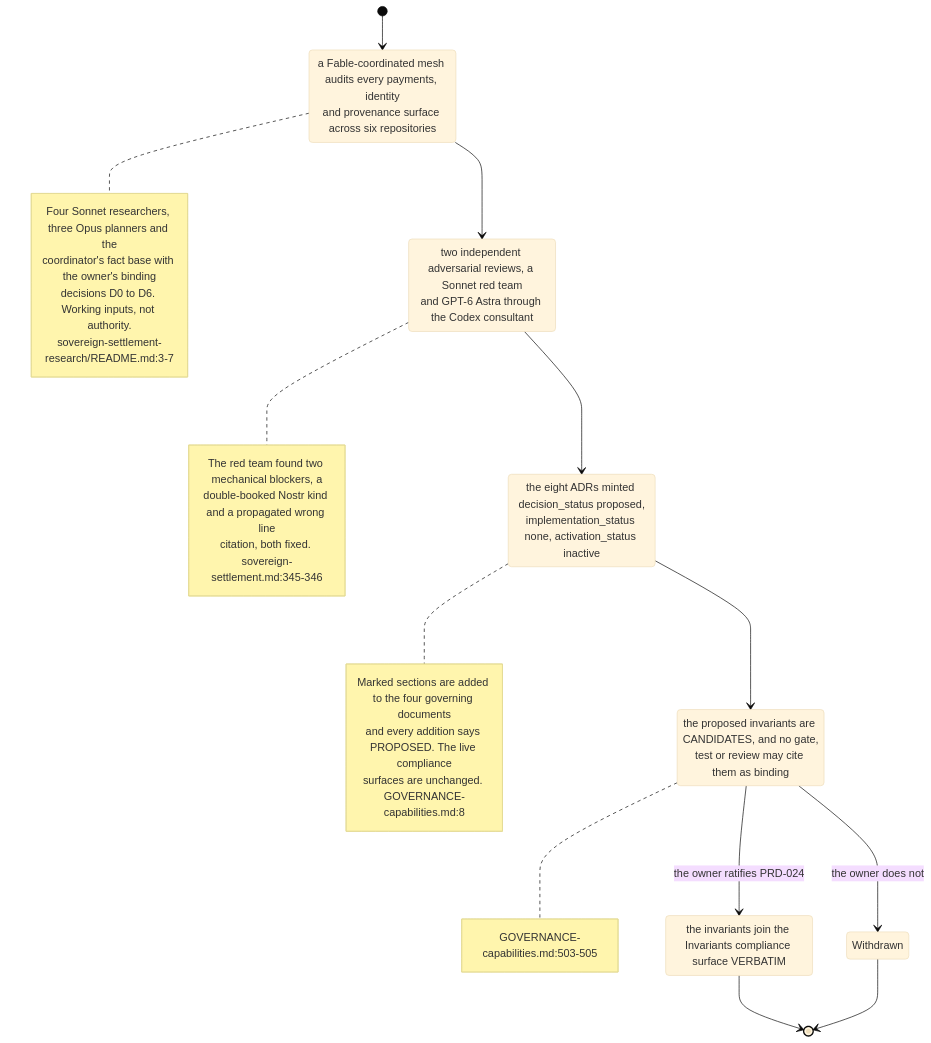
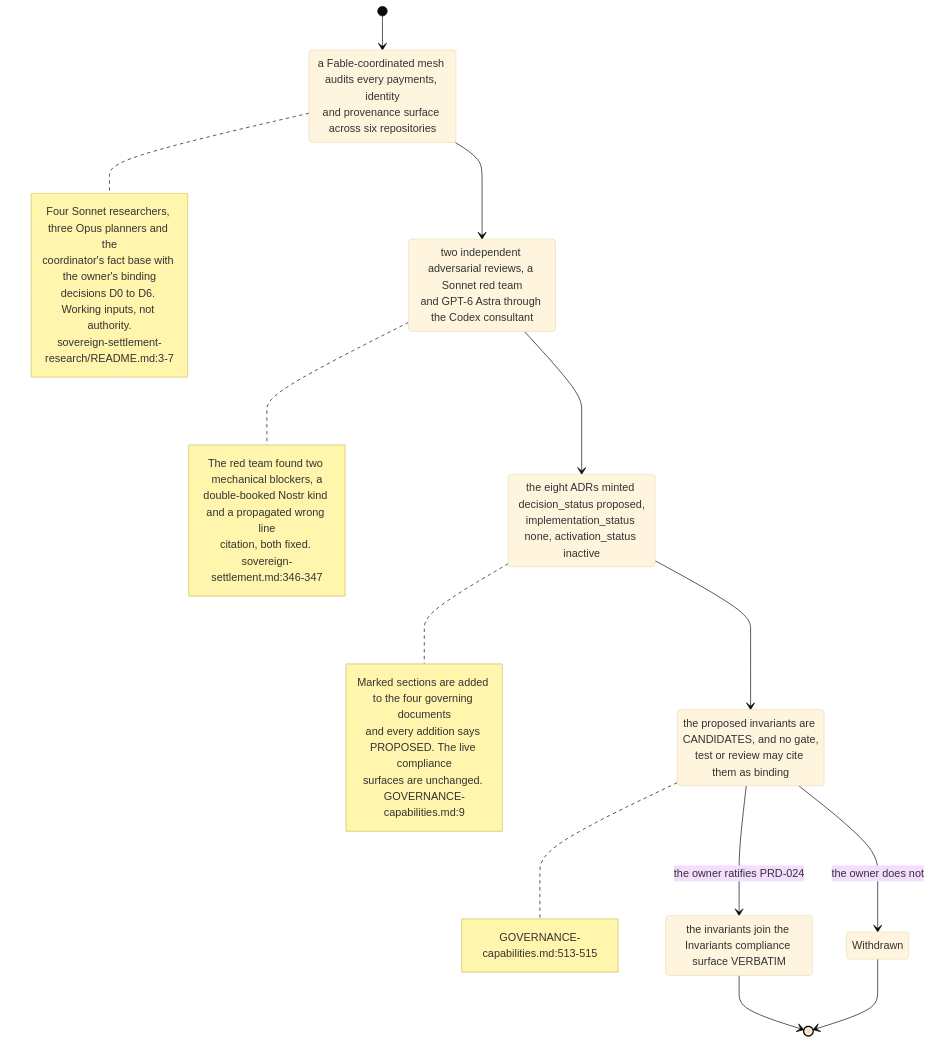
One commit to DreamLab-AI/VisionFlow changed the second of 7 diagrams in docs/diagrams/agentbox/31-sovereign-settlement.md. Above: the diagram before and after it, drawn with Mermaid (base theme). The commit also changed other lines of this file and 94 other files, not shown here.

First line of the commit message:
docs(diagrams): re-verify 130 topics against 2 October HEADs

````diff
--- a/docs/diagrams/agentbox/31-sovereign-settlement.md
+++ b/docs/diagrams/agentbox/31-sovereign-settlement.md
@@ -92,35 +92,35 @@
 ```mermaid
 stateDiagram-v2
     [*] --> Researched
     Researched: a Fable-coordinated mesh audits every payments, identity<br/>and provenance surface across six repositories
     note right of Researched
         Four Sonnet researchers, three Opus planners and the
         coordinator's fact base with the owner's binding
         decisions D0 to D6. Working inputs, not authority.
         sovereign-settlement-research/README.md:3-7
     end note
     Researched --> Reviewed
     Reviewed: two independent adversarial reviews, a Sonnet red team<br/>and GPT-6 Astra through the Codex consultant
     note right of Reviewed
         The red team found two mechanical blockers, a
         double-booked Nostr kind and a propagated wrong line
-        citation, both fixed. sovereign-settlement.md:345-346
+        citation, both fixed. sovereign-settlement.md:346-347
     end note
     Reviewed --> Proposed
     Proposed: the eight ADRs minted decision_status proposed,<br/>implementation_status none, activation_status inactive
     note right of Proposed
         Marked sections are added to the four governing documents
         and every addition says PROPOSED. The live compliance
-        surfaces are unchanged. GOVERNANCE-capabilities.md:8
+        surfaces are unchanged. GOVERNANCE-capabilities.md:9
     end note
     Proposed --> Candidate
     Candidate: the proposed invariants are CANDIDATES, and no gate,<br/>test or review may cite them as binding
     note right of Candidate
-        GOVERNANCE-capabilities.md:503-505
+        GOVERNANCE-capabilities.md:513-515
     end note
     Candidate --> Ratified : the owner ratifies PRD-024
     Candidate --> Withdrawn : the owner does not
     Ratified: the invariants join the Invariants compliance surface VERBATIM
     Ratified --> [*]
     Withdrawn --> [*]
 ```
````
